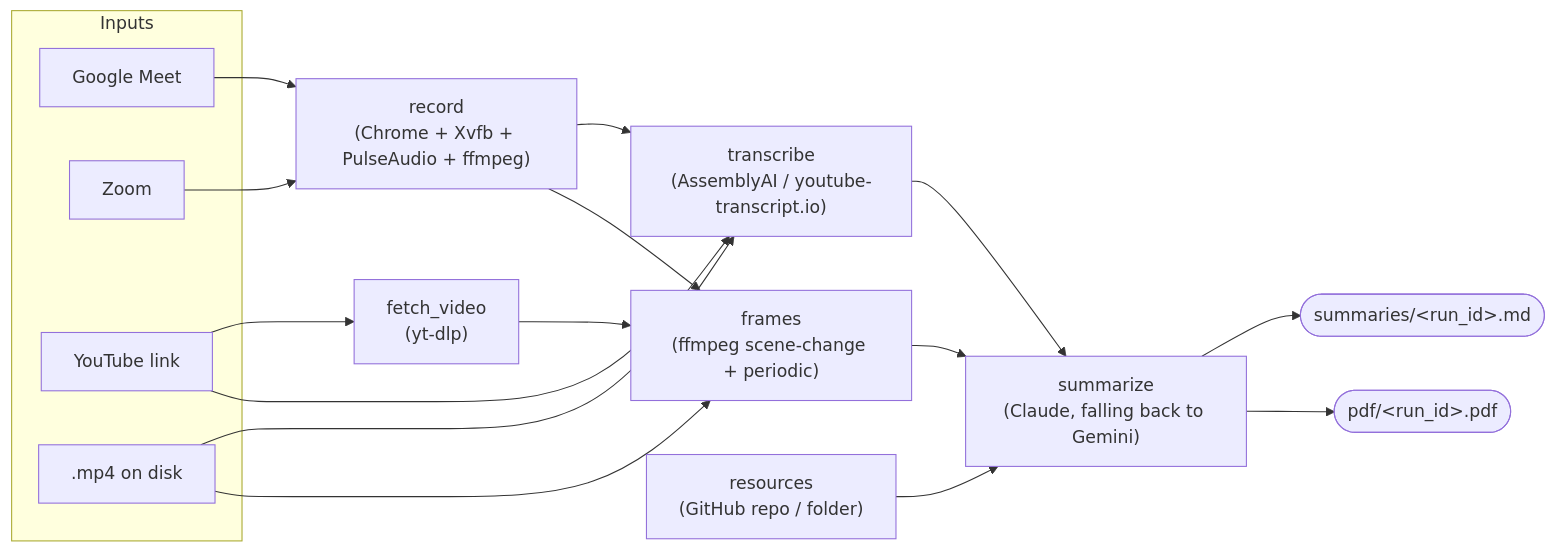
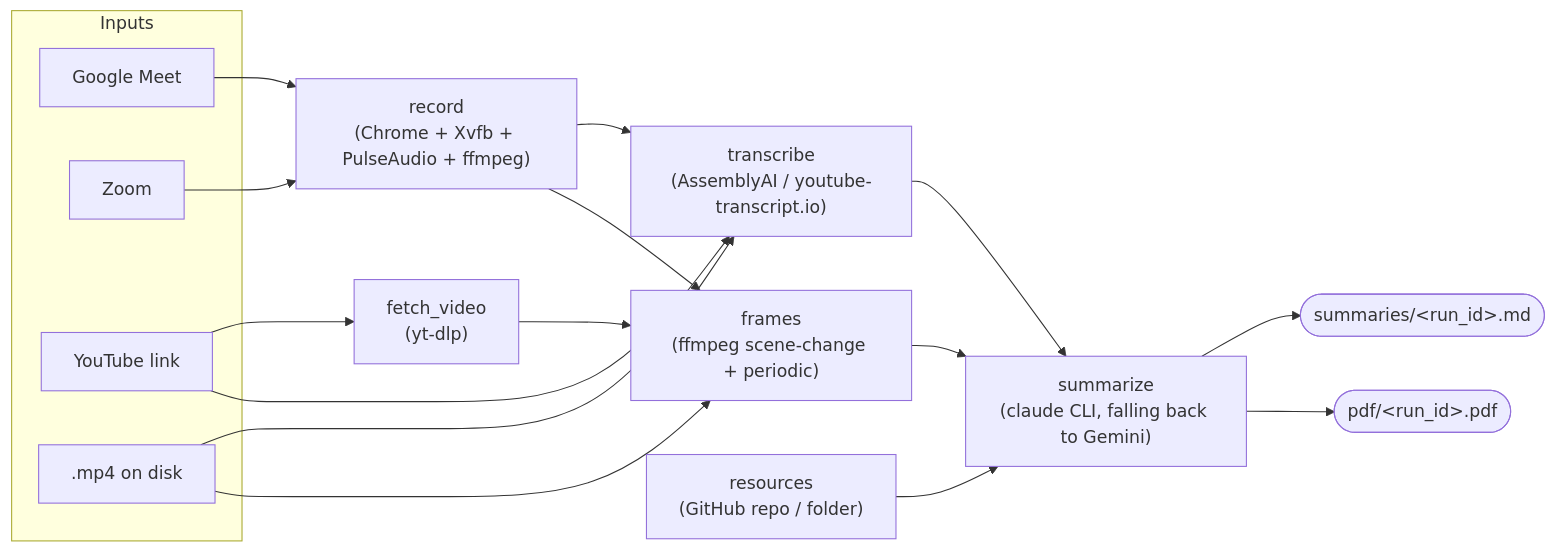
One commit to kkattmos/meeting-transcriber changed the diagram in README.md. Above: the diagram before and after it, drawn with Mermaid. The commit also changed other lines of this file and 19 other files, not shown here.

Commit message:
verify and fix setup flow

````diff
--- a/README.md
+++ b/README.md
@@ -43,33 +43,33 @@
 ```mermaid
 flowchart LR
     subgraph Inputs
         GM[Google Meet]
         ZOOM[Zoom]
         YT[YouTube link]
         MP4[".mp4 on disk"]
     end
 
     REC["record<br/>(Chrome + Xvfb + PulseAudio + ffmpeg)"]
     FETCH["fetch_video<br/>(yt-dlp)"]
     TR["transcribe<br/>(AssemblyAI / youtube-transcript.io)"]
     FR["frames<br/>(ffmpeg scene-change + periodic)"]
     RES["resources<br/>(GitHub repo / folder)"]
-    SUM["summarize<br/>(Claude, falling back to Gemini)"]
+    SUM["summarize<br/>(claude CLI, falling back to Gemini)"]
     OUTMD([summaries/&lt;run_id&gt;.md])
     OUTPDF([pdf/&lt;run_id&gt;.pdf])
 
     GM --> REC
     ZOOM --> REC
     REC --> TR
     REC --> FR
     YT --> FETCH
     YT --> TR
     FETCH --> FR
     MP4 --> TR
     MP4 --> FR
     TR --> SUM
     FR --> SUM
     RES --> SUM
     SUM --> OUTMD
     SUM --> OUTPDF
 ```
````
